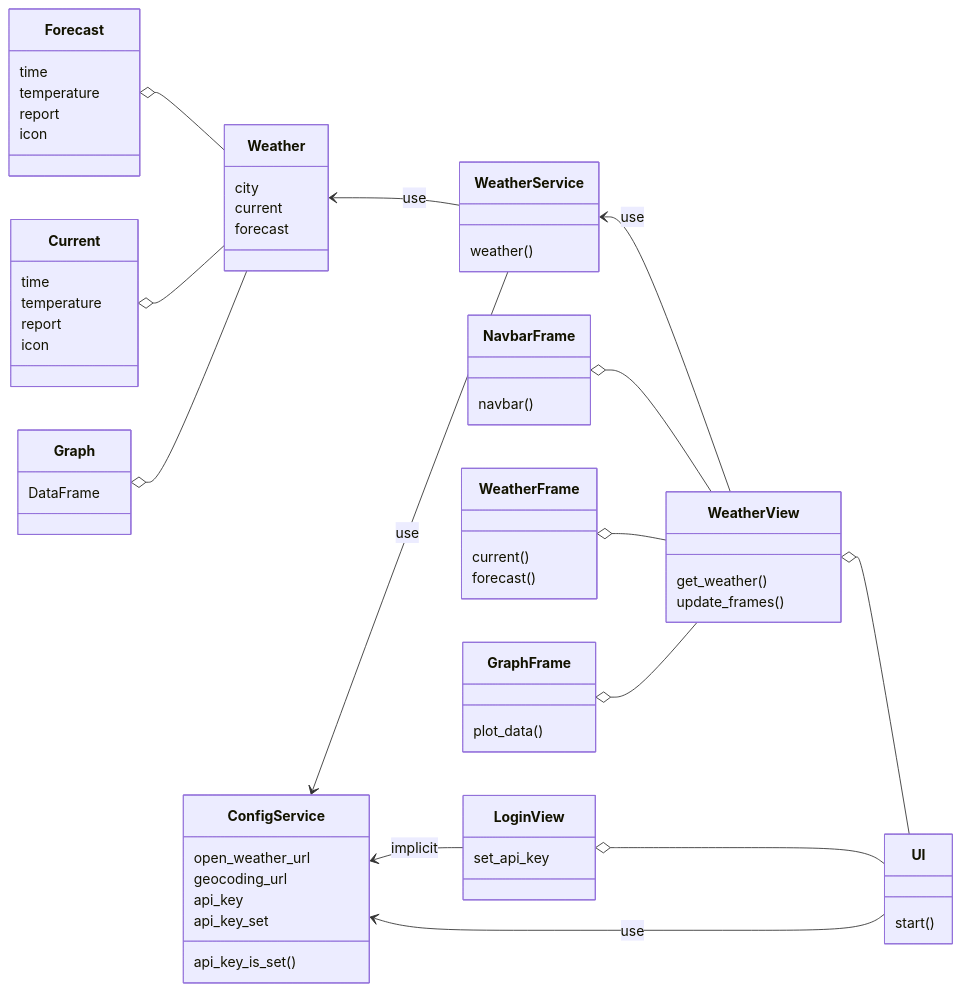
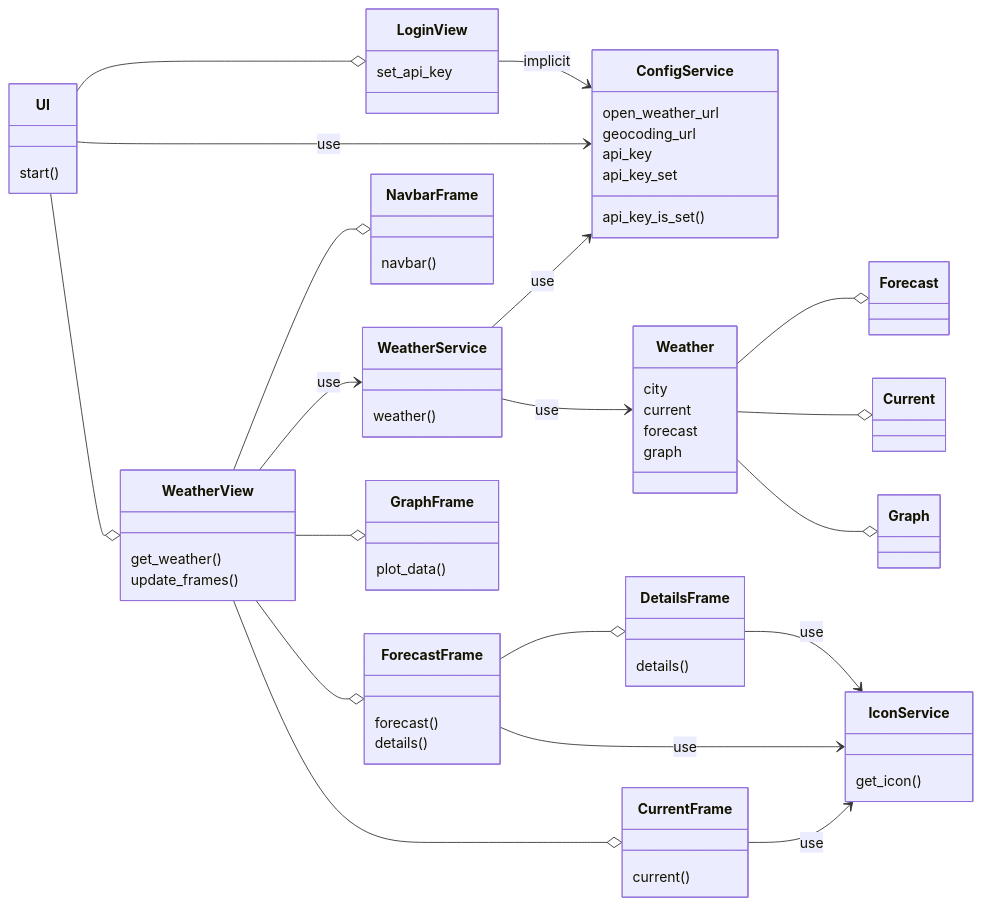
Before and after one commit to matiasto/ot-harjoitustyo: the sixth of 7 diagrams in documentation/architecture.md, drawn with Mermaid. The commit also changed other lines of this file and 3 other files, not shown here.

Commit message:
docs: beginning of architecture description

````diff
--- a/documentation/architecture.md
+++ b/documentation/architecture.md
@@ -4,7 +101,23 @@
 ```mermaid
     classDiagram
         
-        direction RL
+        direction LR
+
+        class ConfigService {
+            open_weather_url
+            geocoding_url
+            api_key
+            api_key_set
+            api_key_is_set()
+        }
+
+        class WeatherService {
+            weather()
+        }
+
+        class IconService {
+            get_icon()
+        }
 
         class UI {
             start()
@@ -23,49 +136,37 @@
             navbar()
         }
 
-        class WeatherFrame {
+        class CurrentFrame {
             current()
+        }
+
+        class ForecastFrame {
             forecast()
+            details()
+        }
+
+        class DetailsFrame {
+            details()
         }
 
         class GraphFrame {
             plot_data()
         }
         
-        class WeatherService {
-            weather()
-        }
-
-        class ConfigService {
-            open_weather_url
-            geocoding_url
-            api_key
-            api_key_set
-            api_key_is_set()
-        }
-
         class Weather {
             city
             current
             forecast
+            graph
         }
         
         class Current {
-            time
-            temperature
-            report
-            icon
         }
 
         class Forecast {
-            time
-            temperature
-            report
-            icon
         }
 
         class Graph {
-            DataFrame
         }
 
         Weather --o Forecast
@@ -78,8 +179,13 @@
         UI --> ConfigService: use
         WeatherView --> WeatherService: use
         WeatherView --o NavbarFrame
-        WeatherView --o WeatherFrame
+        WeatherView --o CurrentFrame
+        WeatherView --o ForecastFrame
         WeatherView --o GraphFrame
+        ForecastFrame --o DetailsFrame
+        CurrentFrame --> IconService: use
+        ForecastFrame --> IconService: use
+        DetailsFrame --> IconService: use
         LoginView --> ConfigService: implicit
         
 ```
````
